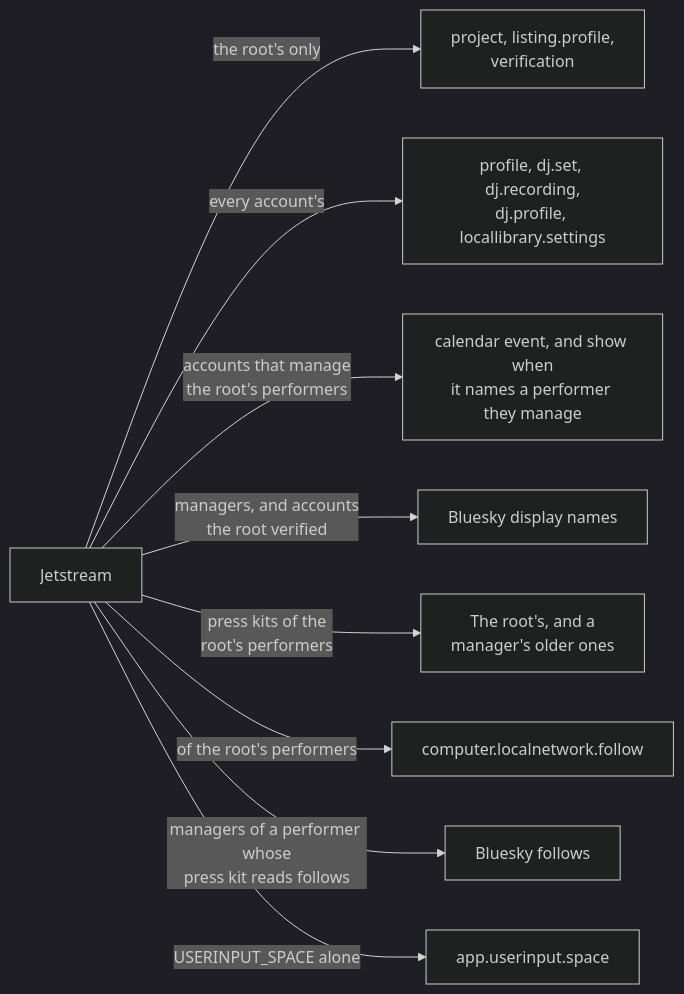
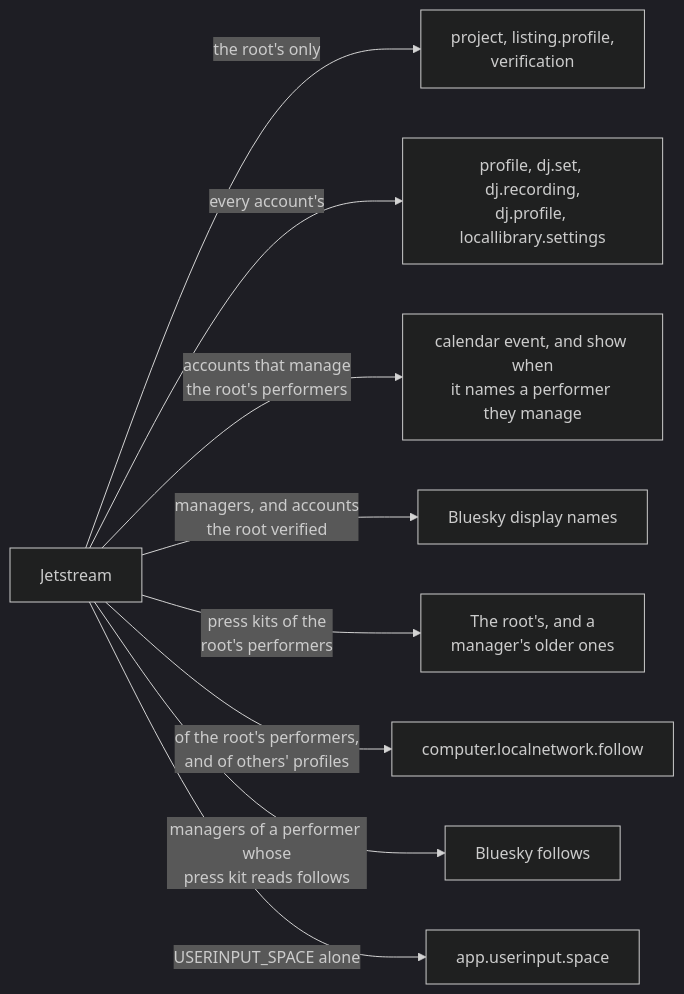
The sixth of 7 diagrams in apps/web/docs/diagrams/jobs-and-directory.md (cutenode/localnetwork), drawn with Mermaid (dark theme) before and after one commit. The commit also changed other lines of this file and 21 other files, not shown here.

First line of the commit message:
feat(web): follow people from their profiles

````diff
--- a/apps/web/docs/diagrams/jobs-and-directory.md
+++ b/apps/web/docs/diagrams/jobs-and-directory.md
@@ -119,12 +119,12 @@
 ```mermaid
 flowchart LR
   Jet["Jetstream"]
   Jet -- "the root's only" --> Root["project, listing.profile,<br/>verification"]
   Jet -- "every account's" --> All["profile, dj.set, dj.recording,<br/>dj.profile, locallibrary.settings"]
   Jet -- "accounts that manage<br/>the root's performers" --> Managers["calendar event, and show when<br/>it names a performer they manage"]
   Jet -- "managers, and accounts<br/>the root verified" --> Names["Bluesky display names"]
   Jet -- "press kits of the<br/>root's performers" --> Kits["The root's, and a<br/>manager's older ones"]
-  Jet -- "of the root's performers" --> Follows["computer.localnetwork.follow"]
+  Jet -- "of the root's performers,<br/>and of others' profiles" --> Follows["computer.localnetwork.follow"]
   Jet -- "managers of a performer whose<br/>press kit reads follows" --> Bsky["Bluesky follows"]
   Jet -- "USERINPUT_SPACE alone" --> Input["app.userinput.space"]
 ```
````
